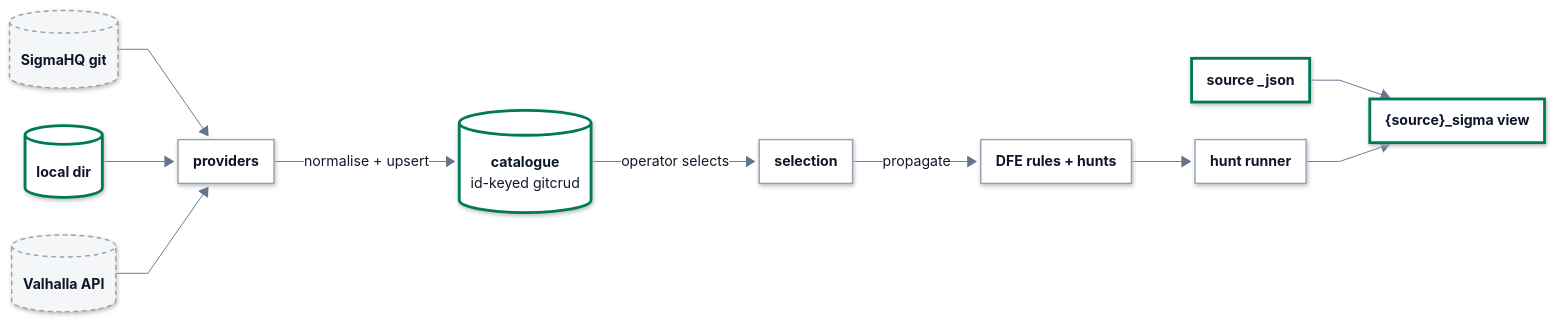
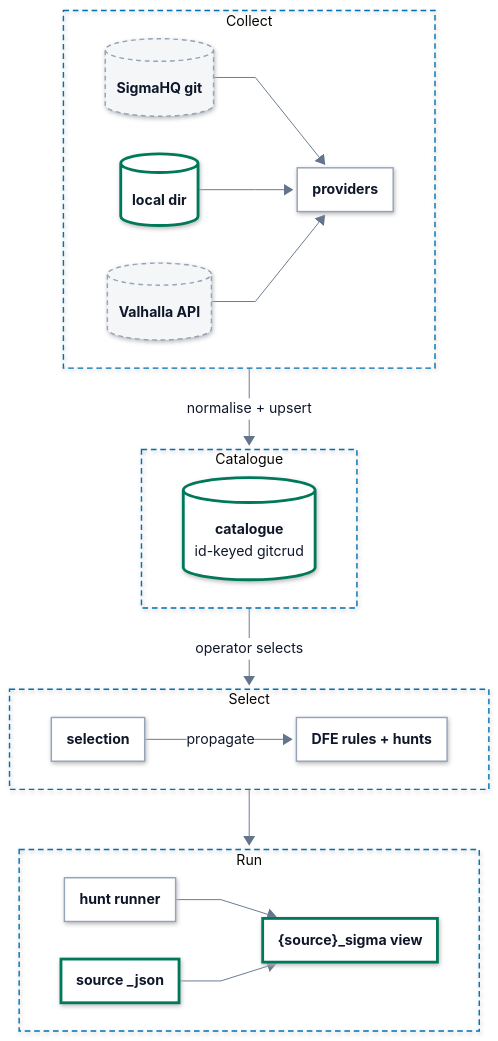
One commit to hyperi-io/dfe-engine changed the diagram in docs/data-plane/sigma.md. Above: the diagram before and after it, drawn with Mermaid. The commit also changed other lines of this file and 32 other files, not shown here.

First line of the commit message:
docs(architecture): engine page to the standard, diagrams to 860 px (#1209)

````diff
--- a/docs/data-plane/sigma.md
+++ b/docs/data-plane/sigma.md
@@ -66,19 +66,36 @@
     .ui .label-icon{color:#D9480F}
     .ext .label-icon{color:#64748B}
 ---
-flowchart LR
+flowchart TB
   accTitle: L4 Detail -- Sigma detection pipeline
   accDescr: Providers pull rules from SigmaHQ git, a local directory and the Valhalla API, and normalise them into the catalogue. The operator selects rules, and propagation generates DFE rules and hunts, which the hunt runner runs against each source's Sigma view.
 
-  GIT[("<b>SigmaHQ git</b>")] --> P["<b>providers</b>"]
-  LOCAL[("<b>local dir</b>")] --> P
-  VAL[("<b>Valhalla API</b>")] --> P
-  P -->|normalise + upsert| CAT[("<b>catalogue</b><br/><span>id-keyed gitcrud</span>")]
-  CAT -->|operator selects| SEL["<b>selection</b>"]
-  SEL -->|propagate| RULES["<b>DFE rules + hunts</b>"]
-  RULES --> HR["<b>hunt runner</b>"]
-  SRC["<b>source _json</b>"] --> VIEW["<b>{source}_sigma view</b>"]
-  HR --> VIEW
+  subgraph COLLECT["Collect"]
+    direction LR
+    GIT[("<b>SigmaHQ git</b>")] --> P["<b>providers</b>"]
+    LOCAL[("<b>local dir</b>")] --> P
+    VAL[("<b>Valhalla API</b>")] --> P
+  end
+  subgraph CATALOGUE["Catalogue"]
+    CAT[("<b>catalogue</b><br/><span>id-keyed gitcrud</span>")]
+  end
+  subgraph SELECT["Select"]
+    direction LR
+    SEL["<b>selection</b>"]
+    RULES["<b>DFE rules + hunts</b>"]
+    SEL -->|propagate| RULES
+  end
+  subgraph RUN["Run"]
+    direction LR
+    HR["<b>hunt runner</b>"] --> VIEW["<b>{source}_sigma view</b>"]
+    SRC["<b>source _json</b>"] --> VIEW
+  end
+  COLLECT -->|normalise + upsert| CATALOGUE
+  CATALOGUE -->|operator selects| SELECT
+  SELECT --> RUN
+  class GIT,VAL ext
+  class LOCAL,CAT,SRC,VIEW store
+  class P,SEL,RULES,HR part
   classDef ext fill:#F4F6F8,stroke:#94A3B8,stroke-width:1.5px,stroke-dasharray:5 4,color:#0F172A
   classDef ingest fill:#FFFFFF,stroke:#0E8A7D,stroke-width:3px,color:#0F172A
   classDef xform fill:#FFFFFF,stroke:#7B4FB0,stroke-width:3px,color:#0F172A
@@ -90,7 +107,8 @@
   classDef error fill:#FFFFFF,stroke:#C2410C,stroke-width:3px,color:#0F172A
   classDef control fill:#FFFFFF,stroke:#334155,stroke-width:3px,color:#0F172A
   classDef part fill:#FFFFFF,stroke:#94A3B8,stroke-width:1.5px,color:#0F172A
-  class GIT,VAL ext
-  class LOCAL,CAT,SRC,VIEW store
-  class P,SEL,RULES,HR part
+  style COLLECT fill:none,stroke:#0072B2,stroke-width:1.5px,stroke-dasharray:6 4
+  style CATALOGUE fill:none,stroke:#0072B2,stroke-width:1.5px,stroke-dasharray:6 4
+  style SELECT fill:none,stroke:#0072B2,stroke-width:1.5px,stroke-dasharray:6 4
+  style RUN fill:none,stroke:#0072B2,stroke-width:1.5px,stroke-dasharray:6 4
 ```
````
